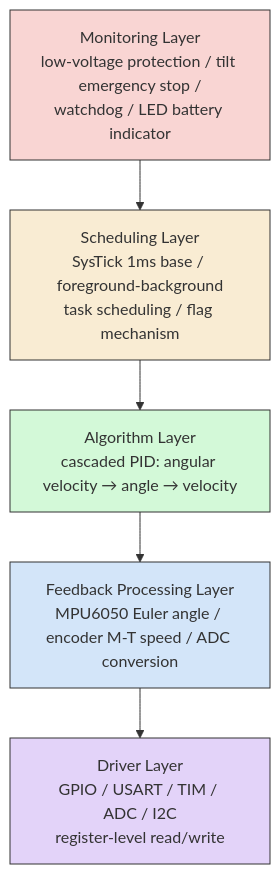
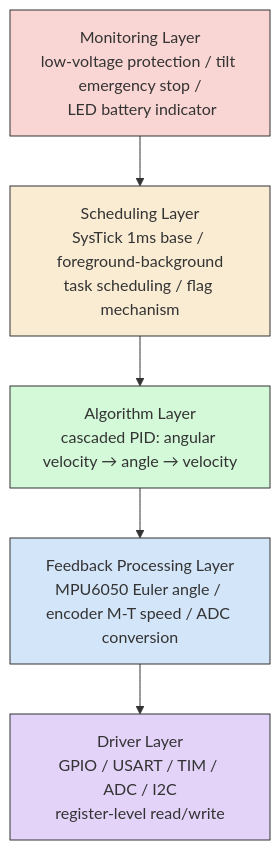
The diagram in README.md (Boren-Z/stm32-balance-car-ola), drawn with Mermaid before and after one commit. The commit also changed other lines of this file, not shown here.

````diff
--- a/README.md
+++ b/README.md
@@ -17,16 +17,16 @@
 ```mermaid
 graph TD
-    A["Monitoring Layer<br/>low-voltage protection / tilt emergency stop /<br/>watchdog / LED battery indicator"]
+    A["Monitoring Layer<br/>low-voltage protection / tilt emergency stop /<br/> LED battery indicator"]
     B["Scheduling Layer<br/>SysTick 1ms base / foreground-background<br/>task scheduling / flag mechanism"]
     C["Algorithm Layer<br/>cascaded PID: angular velocity → angle → velocity"]
     D["Feedback Processing Layer<br/>MPU6050 Euler angle / encoder M-T speed / ADC conversion"]
     E["Driver Layer<br/>GPIO / USART / TIM / ADC / I2C<br/>register-level read/write"]
 
     A --> B --> C --> D --> E
 
     style A fill:#f9d5d3,stroke:#333
     style B fill:#f9ecd3,stroke:#333
     style C fill:#d3f9d8,stroke:#333
     style D fill:#d3e5f9,stroke:#333
     style E fill:#e3d3f9,stroke:#333
 ```
````
